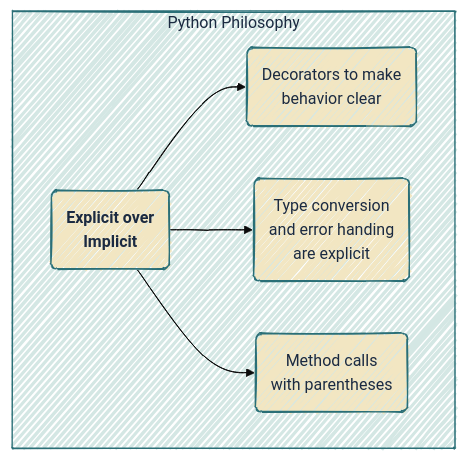
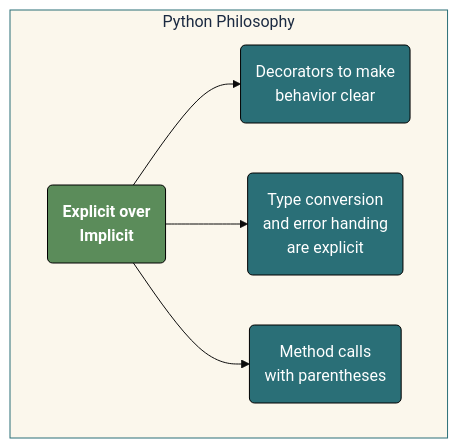
One commit to mjfrigaard/do4ds-labs changed the sixth of 7 diagrams in py-app-api.qmd. Above: the diagram before and after it, drawn with Mermaid. The commit also changed other lines of this file and 48 other files, not shown here.

````diff
--- a/py-app-api.qmd
+++ b/py-app-api.qmd
@@ -857,15 +923,17 @@
 ```{mermaid}
-%%{init: {'theme': 'base', 'look': 'handDrawn', 'themeVariables': {'fontFamily': 'monospace'}}}%%
+%%{init: {'theme': 'base', 'themeVariables': {'fontFamily': 'monospace'}}}%%
 
 graph TB
     subgraph Py["Python Philosophy"]
         A("<strong>Explicit over<br>Implicit</strong>") --> A1("Decorators to make<br>behavior clear")
         A --> A2("Type conversion<br>and error handing<br>are explicit")
         A --> A4("Method calls<br>with parentheses")
     end
-    
-    style A font-size:16px
-    classDef default fill:#F2E6C2,stroke:#2A6F77,color:#1B2A41
-    style Py fill:#d4e7e4,stroke:#2A6F77,color:#1B2A41
-    
+
+    style Py fill:#fbf7ec,stroke:#2A6F77,color:#1B2A41
+    style A fill:#5B8C5A,stroke:#000000,stroke-width:1px,color:#ffffff
+    style A1 fill:#2A6F77,stroke:#000000,stroke-width:1px,color:#ffffff
+    style A2 fill:#2A6F77,stroke:#000000,stroke-width:1px,color:#ffffff
+    style A4 fill:#2A6F77,stroke:#000000,stroke-width:1px,color:#ffffff
+
 ```
````
